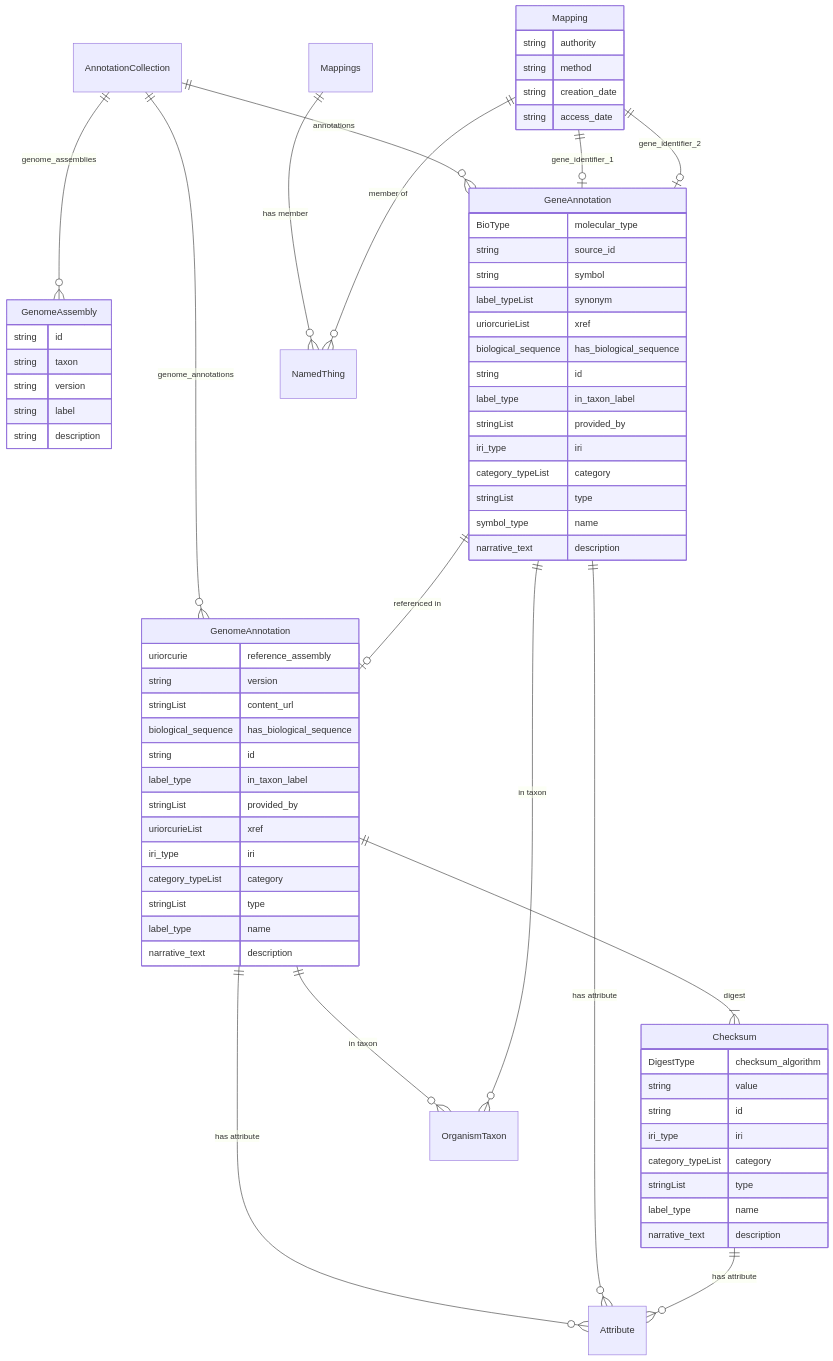
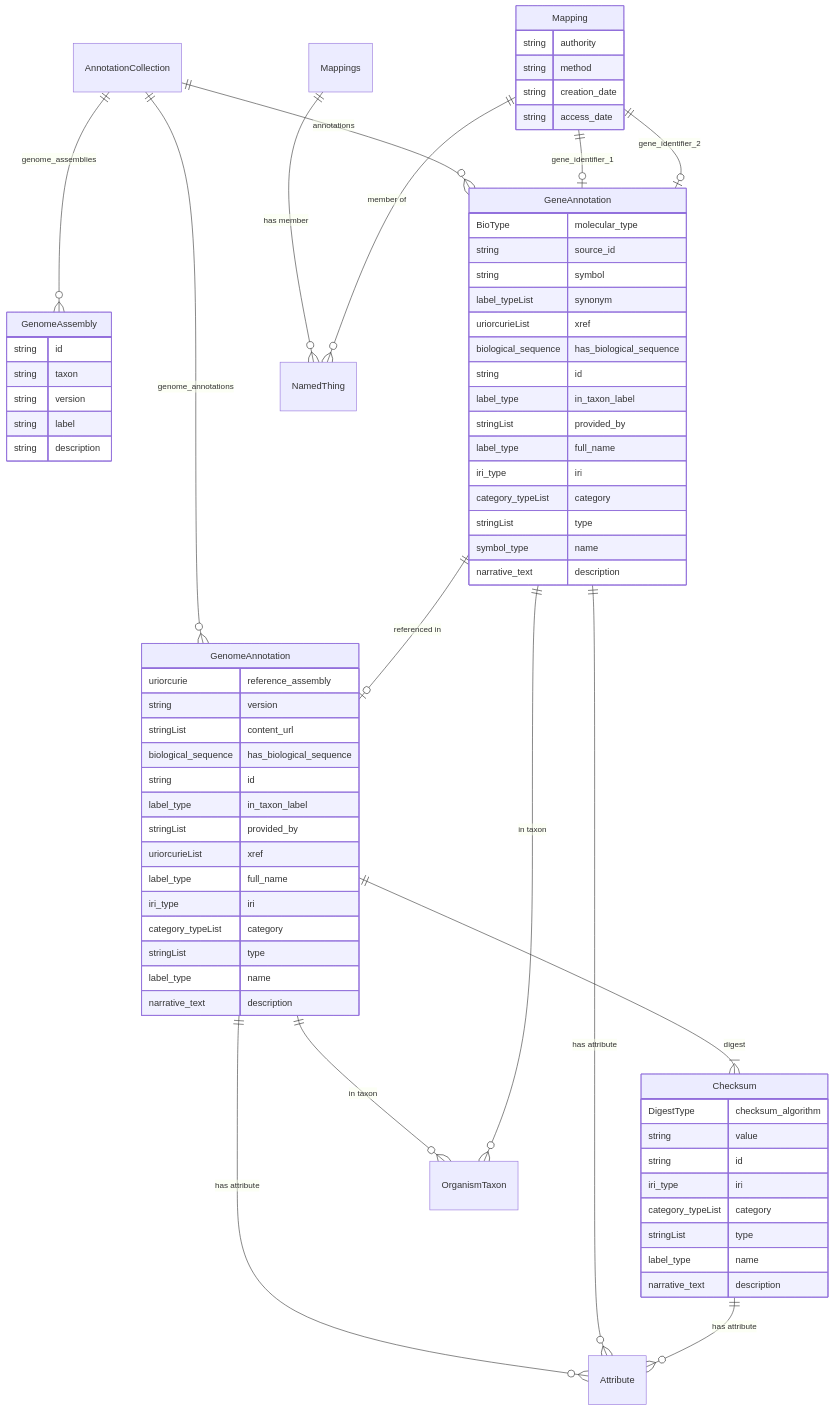
One commit to brain-bican/models changed the diagram in erdiagram-autogen/kbmodel.md. Above: the diagram before and after it, drawn with Mermaid. The commit also changed 5 other files, not shown here.

````diff
--- a/erdiagram-autogen/kbmodel.md
+++ b/erdiagram-autogen/kbmodel.md
@@ -1,79 +1,81 @@
 ```mermaid
 erDiagram
 AnnotationCollection {
 
 }
 GenomeAssembly {
     string id  
     string taxon  
     string version  
     string label  
     string description  
 }
 GenomeAnnotation {
     uriorcurie reference_assembly  
     string version  
     stringList content_url  
     biological_sequence has_biological_sequence  
     string id  
     label_type in_taxon_label  
     stringList provided_by  
     uriorcurieList xref  
+    label_type full_name  
     iri_type iri  
     category_typeList category  
     stringList type  
     label_type name  
     narrative_text description  
 }
 GeneAnnotation {
     BioType molecular_type  
     string source_id  
     string symbol  
     label_typeList synonym  
     uriorcurieList xref  
     biological_sequence has_biological_sequence  
     string id  
     label_type in_taxon_label  
     stringList provided_by  
+    label_type full_name  
     iri_type iri  
     category_typeList category  
     stringList type  
     symbol_type name  
     narrative_text description  
 }
 Mappings {
 
 }
 Mapping {
     string authority  
     string method  
     string creation_date  
     string access_date  
 }
 Checksum {
     DigestType checksum_algorithm  
     string value  
     string id  
     iri_type iri  
     category_typeList category  
     stringList type  
     label_type name  
     narrative_text description  
 }
 
 AnnotationCollection ||--}o GeneAnnotation : "annotations"
 AnnotationCollection ||--}o GenomeAnnotation : "genome_annotations"
 AnnotationCollection ||--}o GenomeAssembly : "genome_assemblies"
 GenomeAnnotation ||--}| Checksum : "digest"
 GenomeAnnotation ||--}o OrganismTaxon : "in taxon"
 GenomeAnnotation ||--}o Attribute : "has attribute"
 GeneAnnotation ||--|o GenomeAnnotation : "referenced in"
 GeneAnnotation ||--}o OrganismTaxon : "in taxon"
 GeneAnnotation ||--}o Attribute : "has attribute"
 Mappings ||--}o NamedThing : "has member"
 Mapping ||--|o GeneAnnotation : "gene_identifier_1"
 Mapping ||--|o GeneAnnotation : "gene_identifier_2"
 Mapping ||--}o NamedThing : "member of"
 Checksum ||--}o Attribute : "has attribute"
 
 ```
````
